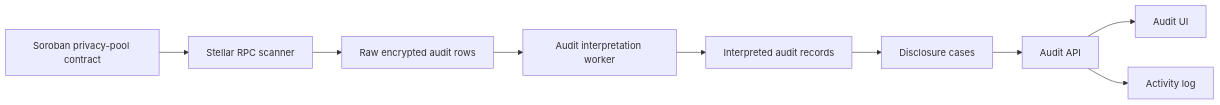
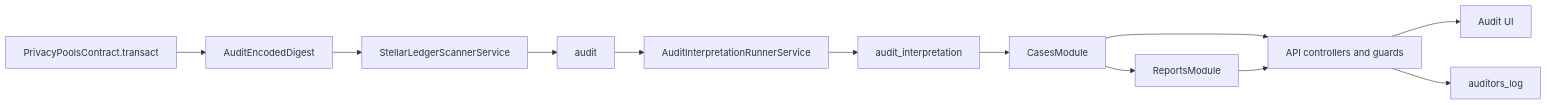
One commit to Polynom-Labs/arcane-compliance-docs changed the second of 2 diagrams in architecture/audit-system.mdx. Above: the diagram before and after it, drawn with Mermaid. The commit also changed other lines of this file and 10 other files, not shown here.

Commit message:
Ground architecture docs in implementation

````diff
--- a/architecture/audit-system.mdx
+++ b/architecture/audit-system.mdx
@@ -61,15 +110,22 @@
 ```mermaid
 flowchart LR
-  contract["Soroban privacy-pool contract"]
-  scanner["Stellar RPC scanner"]
-  raw["Raw encrypted audit rows"]
-  worker["Audit interpretation worker"]
-  records["Interpreted audit records"]
-  cases["Disclosure cases"]
-  api["Audit API"]
+  contract["PrivacyPoolsContract.transact"]
+  event["AuditEncodedDigest"]
+  scanner["StellarLedgerScannerService"]
+  raw["audit"]
+  worker["AuditInterpretationRunnerService"]
+  interpreted["audit_interpretation"]
+  cases["CasesModule"]
+  reports["ReportsModule"]
+  api["API controllers and guards"]
   ui["Audit UI"]
-  log["Activity log"]
+  log["auditors_log"]
 
-  contract --> scanner --> raw --> worker --> records --> cases --> api --> ui
+  contract --> event --> scanner --> raw --> worker --> interpreted
+  interpreted --> cases
+  cases --> reports
+  cases --> api
+  reports --> api
+  api --> ui
   api --> log
 ```
````
